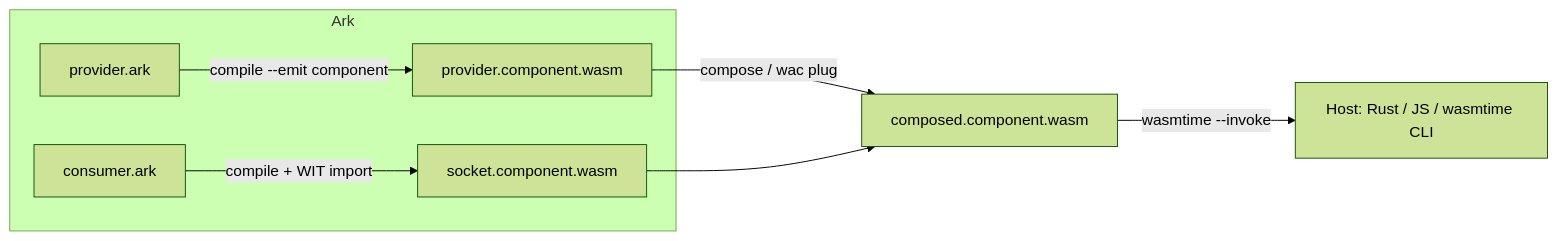
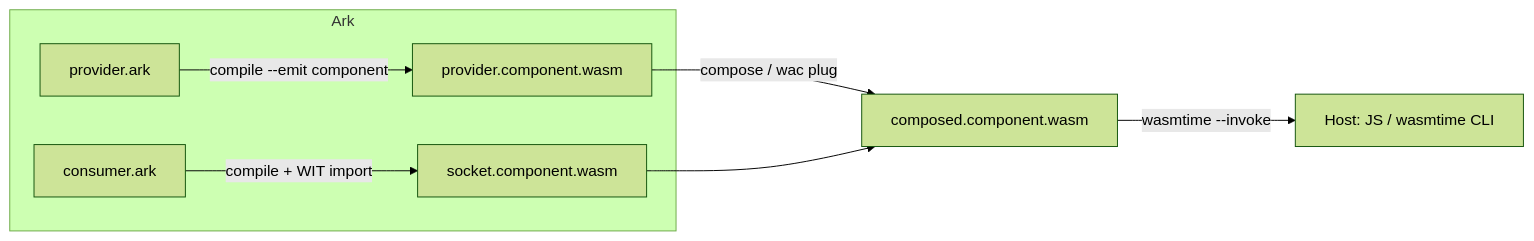
The diagram in examples/README.md (wogikaze/arukellt), drawn with Mermaid (forest theme) before and after one commit. The commit also changed other lines of this file and 553 other files, not shown here.

Commit message:
refactor: remove Rust host-linker and use official WASI P2

````diff
--- a/examples/README.md
+++ b/examples/README.md
@@ -36,10 +34,10 @@
 ```mermaid
 flowchart LR
   subgraph ark_side [Ark]
     A[provider.ark] -->|compile --emit component| P[provider.component.wasm]
     B[consumer.ark] -->|compile + WIT import| S[socket.component.wasm]
   end
   P -->|compose / wac plug| C[composed.component.wasm]
   S --> C
-  C -->|wasmtime --invoke| H[Host: Rust / JS / wasmtime CLI]
+  C -->|wasmtime --invoke| H[Host: JS / wasmtime CLI]
 ```
````
